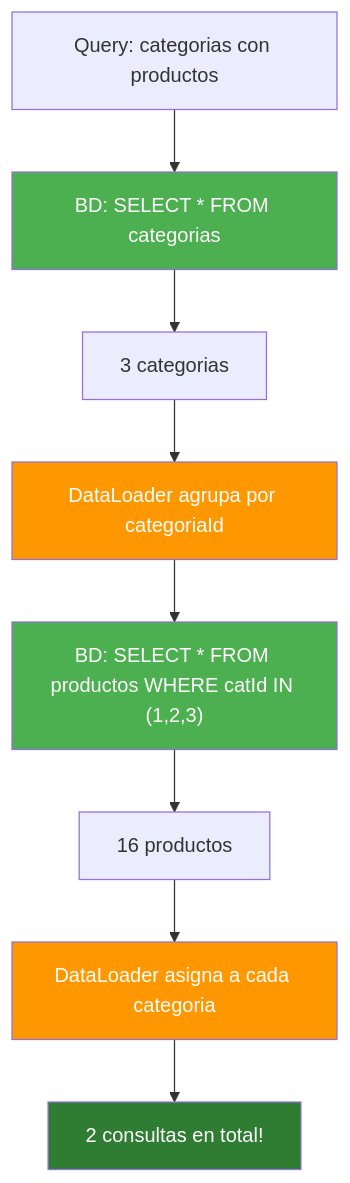
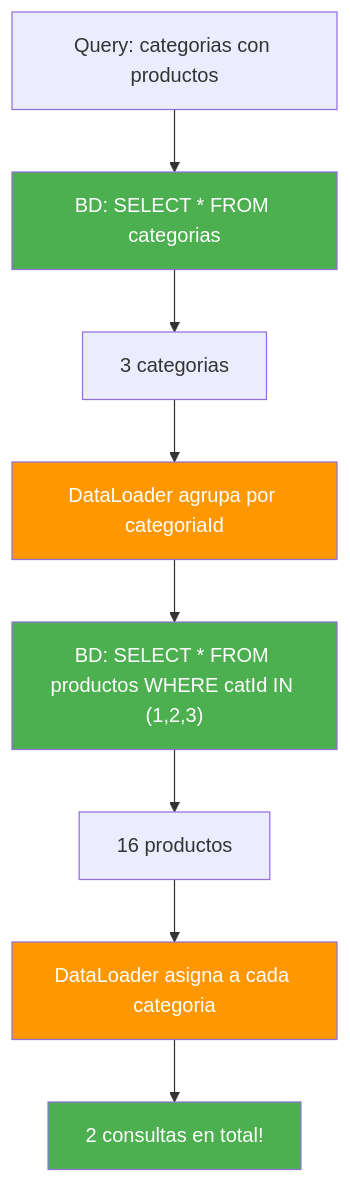
The ninth of 10 diagrams in 19-graphql.md (joseluisgs/DesarrolloWebEntornosServidor-02-2026-2027), drawn with Mermaid before and after one commit. The commit also changed other lines of this file and 3 other files, not shown here.

Commit message:
[fix] Actualizar estilos y contenido en los documentos de autenticación, autorización, WebSockets y GraphQL

````diff
--- a/19-graphql.md
+++ b/19-graphql.md
@@ -892,19 +897,19 @@
 ```mermaid
 graph TD
     Q["Query: categorias con productos"] --> S1["BD: SELECT * FROM categorias"]
     S1 --> C["3 categorias"]
 
     C --> DL["DataLoader agrupa por categoriaId"]
 
     DL --> S2["BD: SELECT * FROM productos WHERE catId IN (1,2,3)"]
     S2 --> P["16 productos"]
 
     P --> DL2["DataLoader asigna a cada categoria"]
     DL2 --> R["2 consultas en total!"]
 
     style S1 fill:#4CAF50,color:#fff
     style DL fill:#FF9800,color:#fff
     style S2 fill:#4CAF50,color:#fff
     style DL2 fill:#FF9800,color:#fff
-    style R fill:#2E7D32,color:#fff
+    style R fill:#4CAF50,color:#fff
 ```
````
